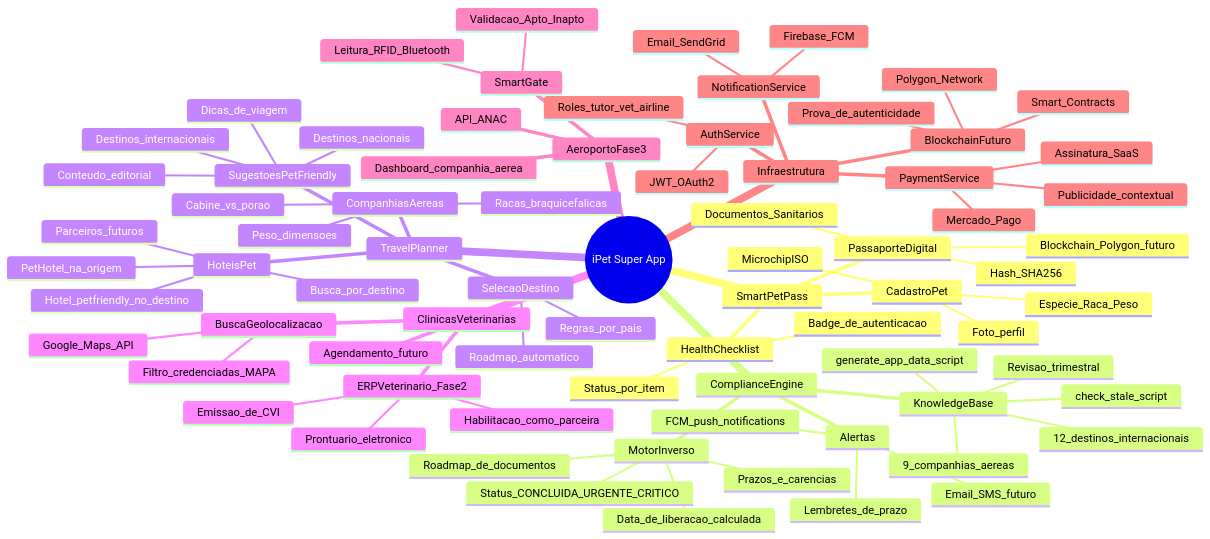
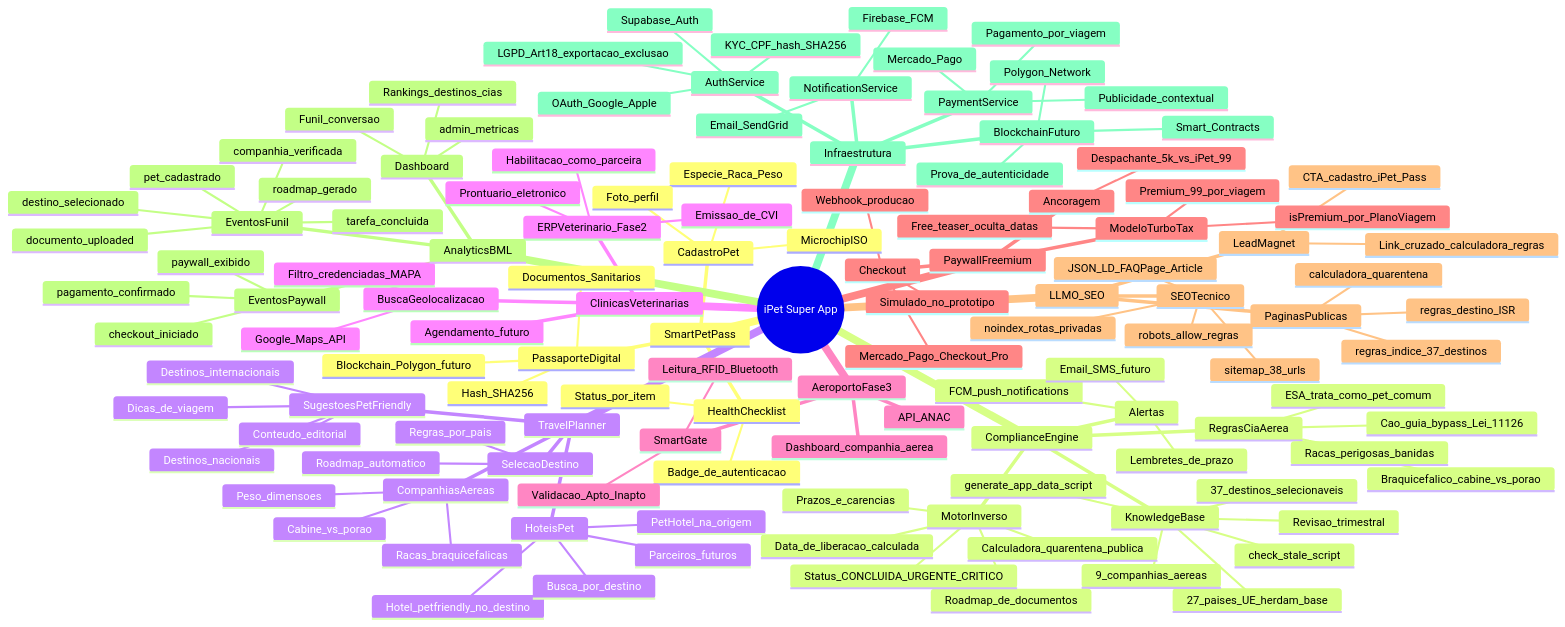
One commit to leonardoalm7/iPet changed the first of 4 diagrams in docs/architecture/SUPER_APP_ARCHITECTURE.md. Above: the diagram before and after it, drawn with Mermaid. The commit also changed other lines of this file and 4 other files, not shown here.

```diff
--- a/docs/architecture/SUPER_APP_ARCHITECTURE.md
+++ b/docs/architecture/SUPER_APP_ARCHITECTURE.md
@@ -52,7 +52,8 @@
         Badge_de_autenticacao
     ComplianceEngine
       KnowledgeBase
-        12_destinos_internacionais
+        37_destinos_selecionaveis
+        27_paises_UE_herdam_base
         9_companhias_aereas
         Revisao_trimestral
         check_stale_script
@@ -62,6 +63,12 @@
         Prazos_e_carencias
         Status_CONCLUIDA_URGENTE_CRITICO
         Data_de_liberacao_calculada
+        Calculadora_quarentena_publica
+      RegrasCiaAerea
+        Braquicefalico_cabine_vs_porao
+        Racas_perigosas_banidas
+        Cao_guia_bypass_Lei_11126
+        ESA_trata_como_pet_comum
       Alertas
         FCM_push_notifications
         Lembretes_de_prazo
@@ -99,16 +106,58 @@
         Validacao_Apto_Inapto
       API_ANAC
       Dashboard_companhia_aerea
+    PaywallFreemium
+      ModeloTurboTax
+        Free_teaser_oculta_datas
+        Premium_99_por_viagem
+        isPremium_por_PlanoViagem
+      Checkout
+        Mercado_Pago_Checkout_Pro
+        Simulado_no_prototipo
+        Webhook_producao
+      Ancoragem
+        Despachante_5k_vs_iPet_99
+    LLMO_SEO
+      PaginasPublicas
+        regras_indice_37_destinos
+        regras_destino_ISR
+        calculadora_quarentena
+      SEOTecnico
+        robots_allow_regras
+        sitemap_38_urls
+        JSON_LD_FAQPage_Article
+        noindex_rotas_privadas
+      LeadMagnet
+        CTA_cadastro_iPet_Pass
+        Link_cruzado_calculadora_regras
+    AnalyticsBML
+      EventosFunil
+        pet_cadastrado
+        destino_selecionado
+        roadmap_gerado
+        companhia_verificada
+        documento_uploaded
+        tarefa_concluida
+      EventosPaywall
+        paywall_exibido
+        checkout_iniciado
+        pagamento_confirmado
+      Dashboard
+        admin_metricas
+        Funil_conversao
+        Rankings_destinos_cias
     Infraestrutura
       AuthService
-        JWT_OAuth2
-        Roles_tutor_vet_airline
+        Supabase_Auth
+        OAuth_Google_Apple
+        KYC_CPF_hash_SHA256
+        LGPD_Art18_exportacao_exclusao
       NotificationService
         Firebase_FCM
         Email_SendGrid
       PaymentService
         Mercado_Pago
-        Assinatura_SaaS
+        Pagamento_por_viagem
         Publicidade_contextual
       BlockchainFuturo
         Polygon_Network
```
